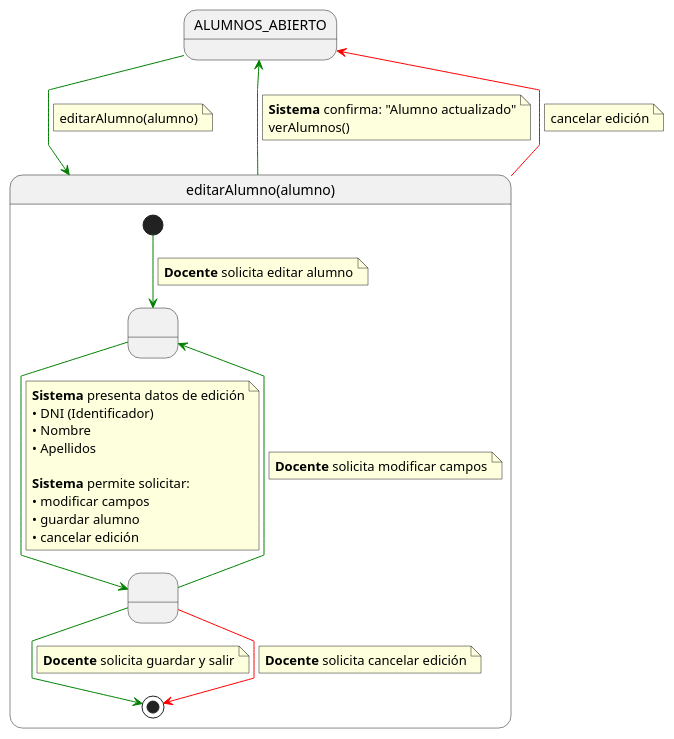
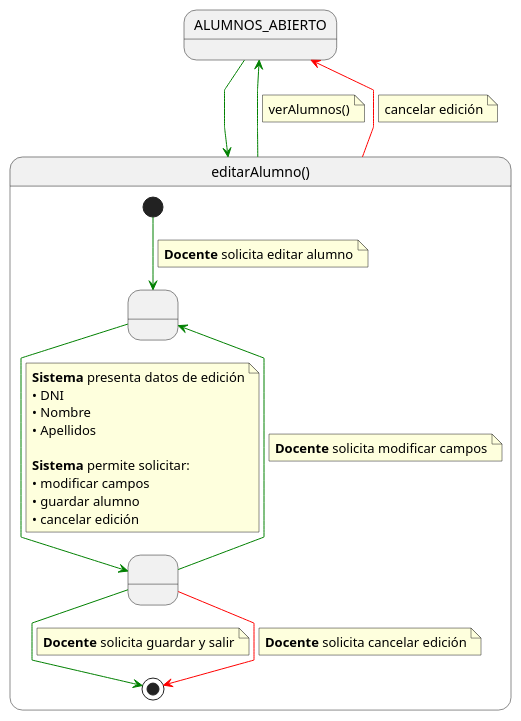
The diagram in documents/casos-de-uso/detalladoCasosDeUso/editarAlumno/editarAlumno.puml (martinlopez7/25-26-IdSw1-SdR), drawn with PlantUML before and after one commit. The commit also changed 13 other files, not shown here.

```diff
--- a/documents/casos-de-uso/detalladoCasosDeUso/editarAlumno/editarAlumno.puml
+++ b/documents/casos-de-uso/detalladoCasosDeUso/editarAlumno/editarAlumno.puml
@@ -1,70 +1,57 @@
 @startuml
 skinparam linetype polyline
 
-' 1. ESTADO PREVIO (Contexto de origen)
 state ALUMNOS_ABIERTO
 
-' 2. ENTRADA AL CASO DE USO
 ALUMNOS_ABIERTO -[#green]-> editarAlumno
-note on link
-editarAlumno(alumno)
-end note
 
-' 3. DETALLE DEL PROCESO
-state editarAlumno as "editarAlumno(alumno)" {
+state editarAlumno as "editarAlumno()" {
 
     state " " as EditandoDatos
     state " " as GuardandoDatos 
 
     [*] -[#green]-> EditandoDatos 
     note on link
     <b>Docente</b> solicita editar alumno
     end note    
     
     EditandoDatos -[#green]-> GuardandoDatos
     note on link
     <b>Sistema</b> presenta datos de edición
-    • DNI (Identificador)
+    • DNI 
     • Nombre
     • Apellidos
     
     <b>Sistema</b> permite solicitar:
     • modificar campos
     • guardar alumno
     • cancelar edición
     end note
     
-    ' Ciclo de modificación
     GuardandoDatos -[#green]-> EditandoDatos
     note on link
     <b>Docente</b> solicita modificar campos
     end note
     
-    ' Salida Exitosa (Interna)
     GuardandoDatos -[#green]-> [*]
     note on link
     <b>Docente</b> solicita guardar y salir
     end note
 
-    ' Salida Cancelada (Interna)
     GuardandoDatos -[#red]-> [*]
     note on link
     <b>Docente</b> solicita cancelar edición
     end note
 }
 
-' 4. SALIDAS EXTERNAS
-
-' Salida Exitosa con CONFIRMACIÓN (Lo que faltaba)
 editarAlumno -[#green]-> ALUMNOS_ABIERTO
 note on link
-<b>Sistema</b> confirma: "Alumno actualizado"
 verAlumnos()
 end note
 
-' Salida Cancelada
 editarAlumno -[#red]-> ALUMNOS_ABIERTO
 note on link
 cancelar edición
 end note
+
 @enduml
```
